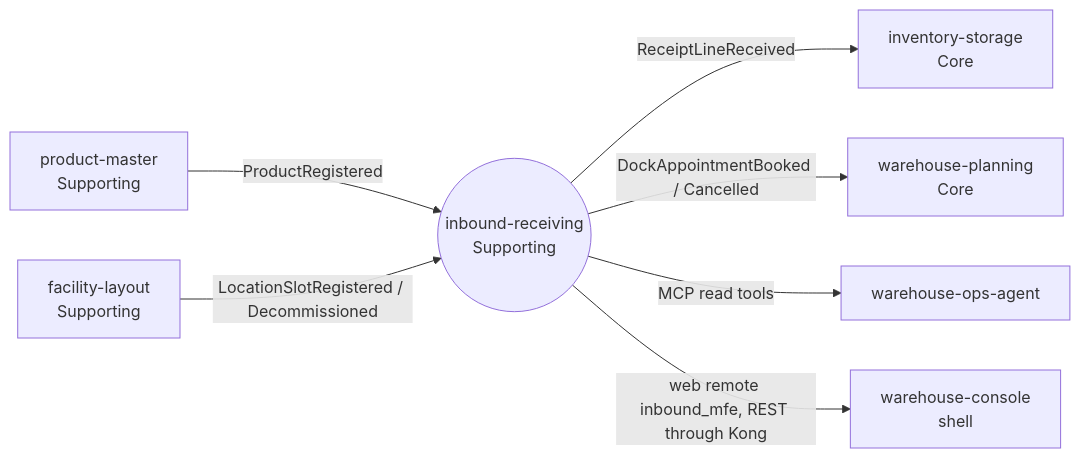
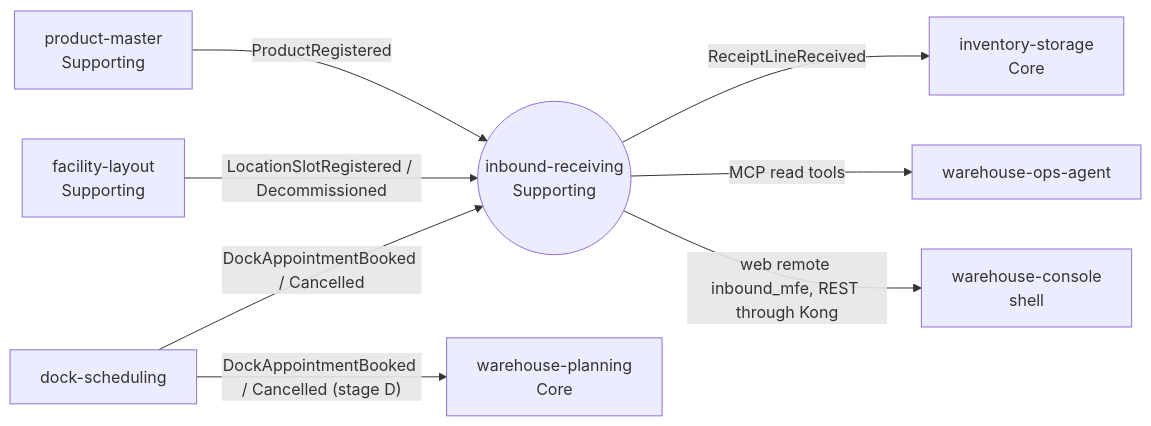
One commit to IQVO/inbound-receiving changed the diagram in docs/docs/overview/context.md. Above: the diagram before and after it, drawn with Mermaid. The commit also changed other lines of this file and 76 other files, not shown here.

````diff
--- a/docs/docs/overview/context.md
+++ b/docs/docs/overview/context.md
@@ -29,17 +29,19 @@
 ```mermaid
 flowchart LR
   IR(("inbound-receiving<br/>Supporting"))
   PM["product-master<br/>Supporting"]
   FL["facility-layout<br/>Supporting"]
   INV["inventory-storage<br/>Core"]
   WP["warehouse-planning<br/>Core"]
+  DS["dock-scheduling"]
   OPS["warehouse-ops-agent"]
   CON["warehouse-console<br/>shell"]
 
   PM -- "ProductRegistered" --> IR
   FL -- "LocationSlotRegistered / Decommissioned" --> IR
   IR -- "ReceiptLineReceived" --> INV
-  IR -- "DockAppointmentBooked / Cancelled" --> WP
+  DS -- "DockAppointmentBooked / Cancelled" --> IR
+  DS -- "DockAppointmentBooked / Cancelled (stage D)" --> WP
   IR -- "MCP read tools" --> OPS
   IR -- "web remote inbound_mfe, REST through Kong" --> CON
 ```
````
